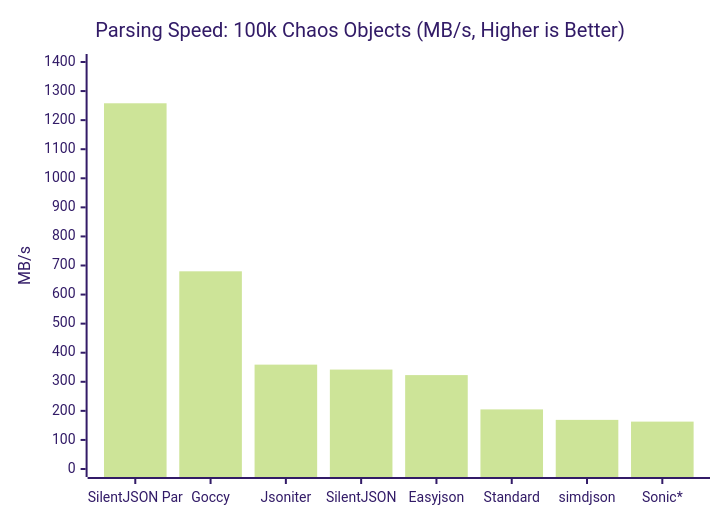
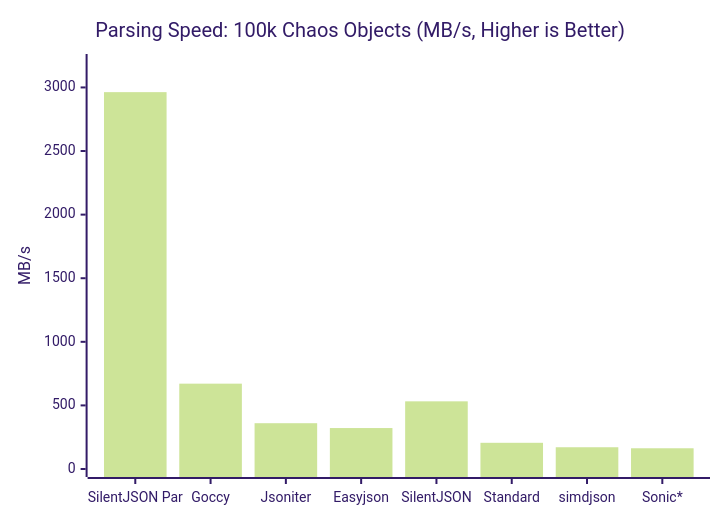
Before and after one commit to GenshIv/silentjson: the first of 5 diagrams in README.md, drawn with Mermaid (forest theme). The commit also changed other lines of this file and 9 other files, not shown here.

````diff
--- a/README.md
+++ b/README.md
@@ -83,7 +83,7 @@
 ```mermaid
 xychart-beta
     title "Parsing Speed: 100k Chaos Objects (MB/s, Higher is Better)"
-    x-axis ["SilentJSON Par", "Goccy", "Jsoniter", "SilentJSON", "Easyjson", "Standard", "simdjson", "Sonic*"]
-    y-axis "MB/s" 0 --> 1400
-    bar [1258, 680, 359, 342, 323, 205, 169, 163]
+    x-axis ["SilentJSON Par", "Goccy", "Jsoniter", "Easyjson", "SilentJSON", "Standard", "simdjson", "Sonic*"]
+    y-axis "MB/s" 0 --> 3200
+    bar [2963, 671, 360, 322, 532, 206, 171, 163]
 ```
````
